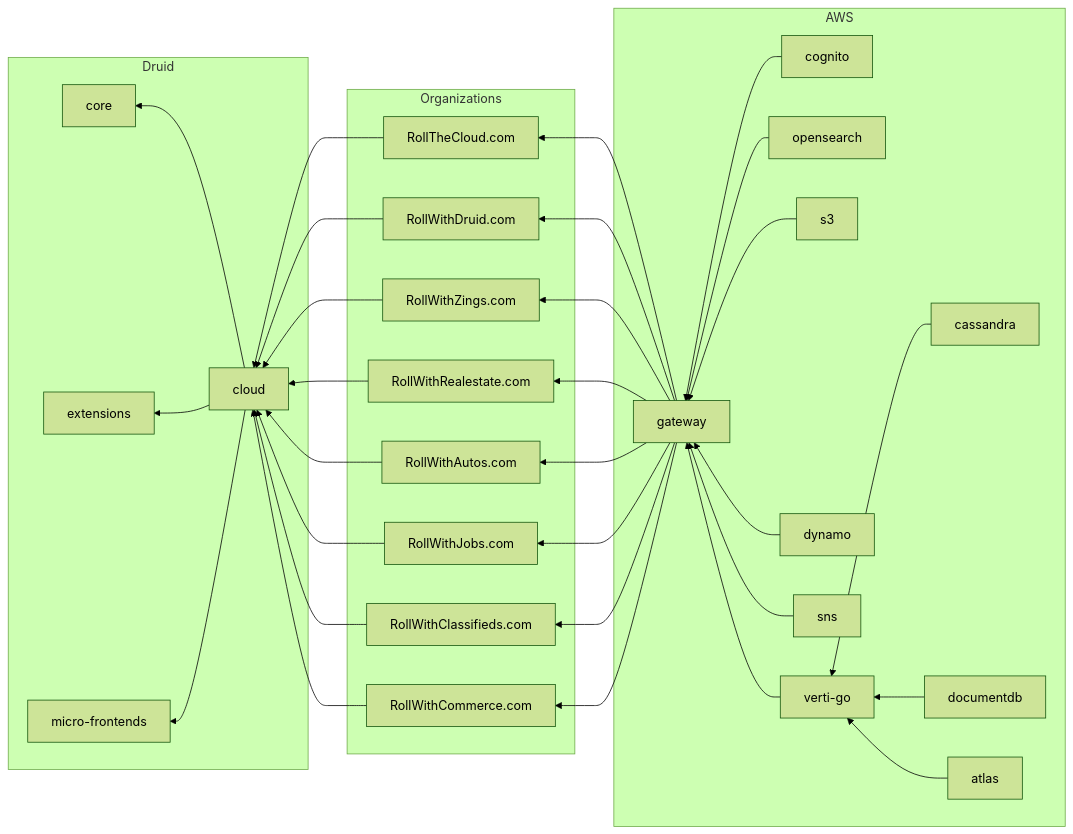
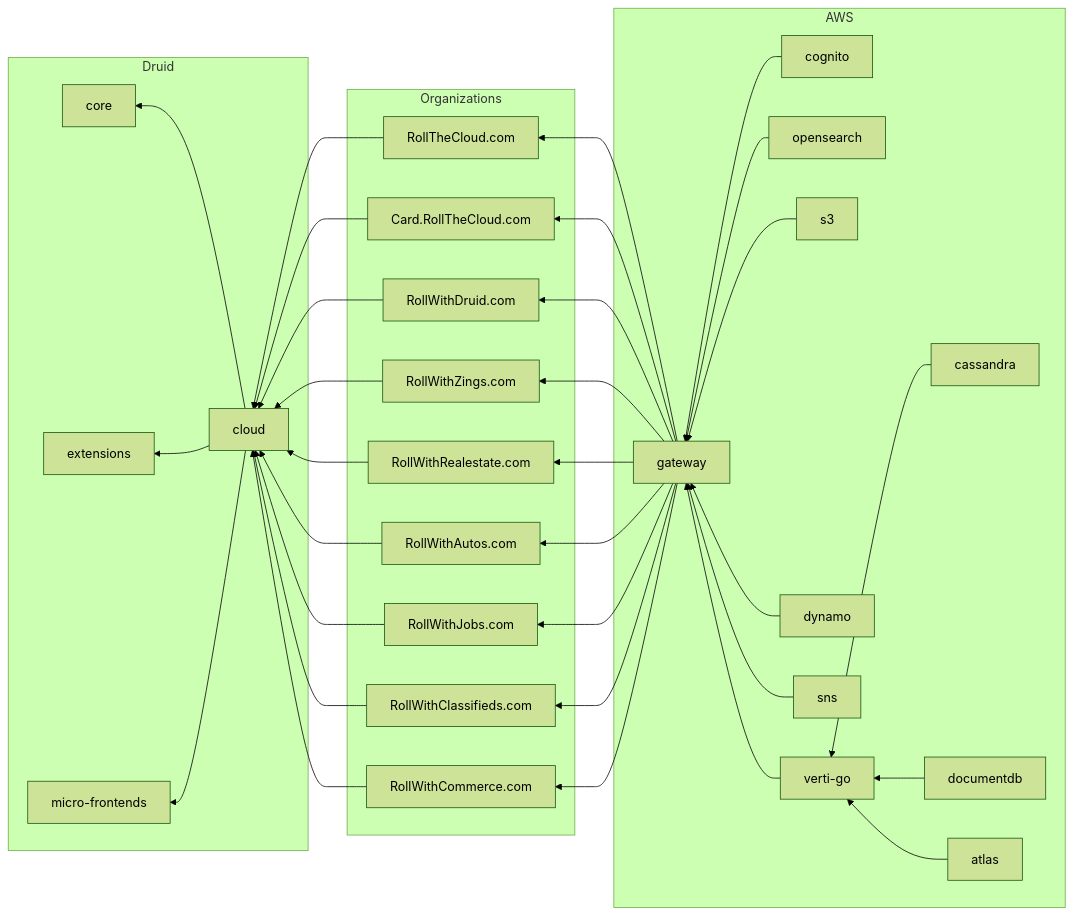
The diagram in architecture/ecosystem/README.md (rollthecloudinc/quell), drawn with Mermaid (forest theme) before and after one commit. The commit also changed other lines of this file, not shown here.

````diff
--- a/architecture/ecosystem/README.md
+++ b/architecture/ecosystem/README.md
@@ -5,40 +5,42 @@
 ```mermaid
 flowchart RL
 subgraph Druid
 core
 extensions
 micro-frontends
 cloud-->core
 cloud-->extensions
 cloud-->micro-frontends
 end
 subgraph Organizations
 dcloud[RollTheCloud.com]-->cloud
+card[Card.RollTheCloud.com]-->cloud
 druid2[RollWithDruid.com]-->cloud
 zingurus[RollWithZings.com]-->cloud
 realestate[RollWithRealestate.com]-->cloud
 autos[RollWithAutos.com]-->cloud
 jobs[RollWithJobs.com]-->cloud
 classifieds[RollWithClassifieds.com]-->cloud
 commerce[RollWithCommerce.com]-->cloud
 end
 subgraph AWS
 gateway-->dcloud
+gateway-->card
 gateway-->druid2
 gateway-->zingurus
 gateway-->realestate
 gateway-->autos
 gateway-->jobs
 gateway-->classifieds
 gateway-->commerce
 cognito-->gateway
 opensearch-->gateway
 s3-->gateway
 dynamo-->gateway
 sns-->gateway
 verti-go-->gateway
 cassandra-->verti-go
 documentdb-->verti-go
 atlas-->verti-go
 end
 ```
````
